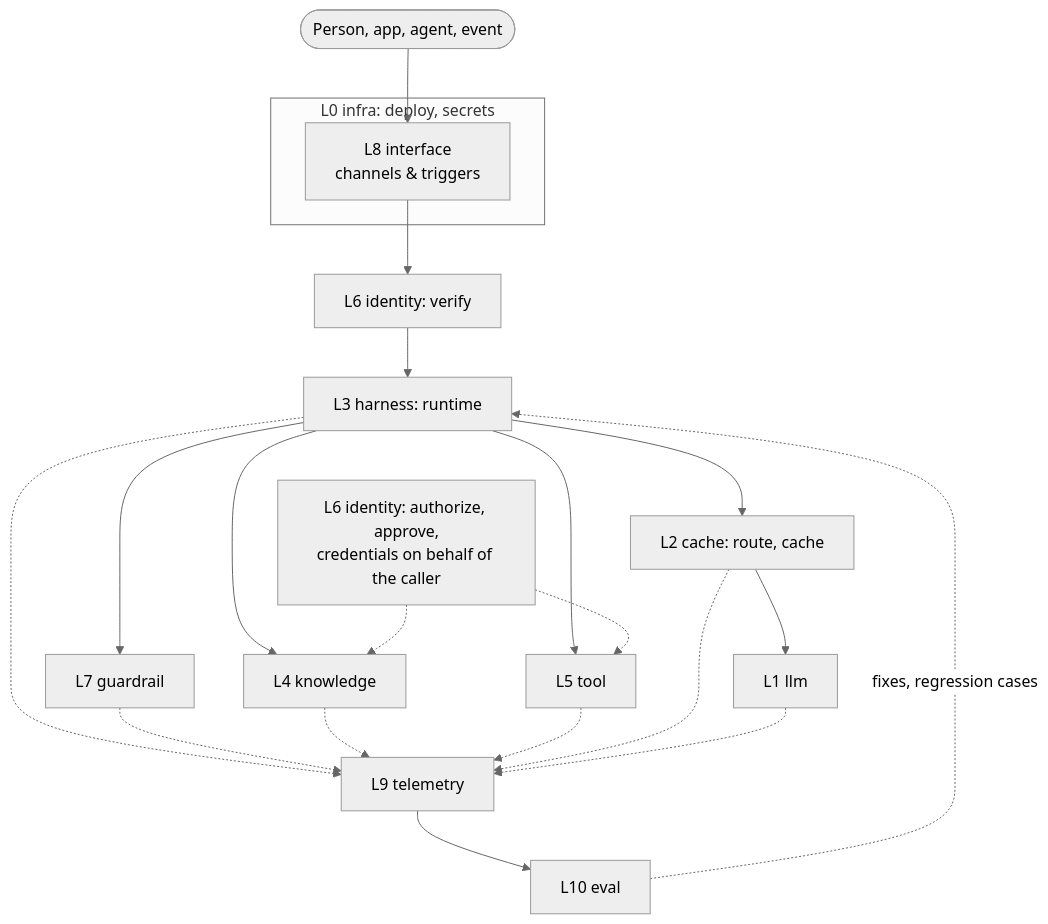
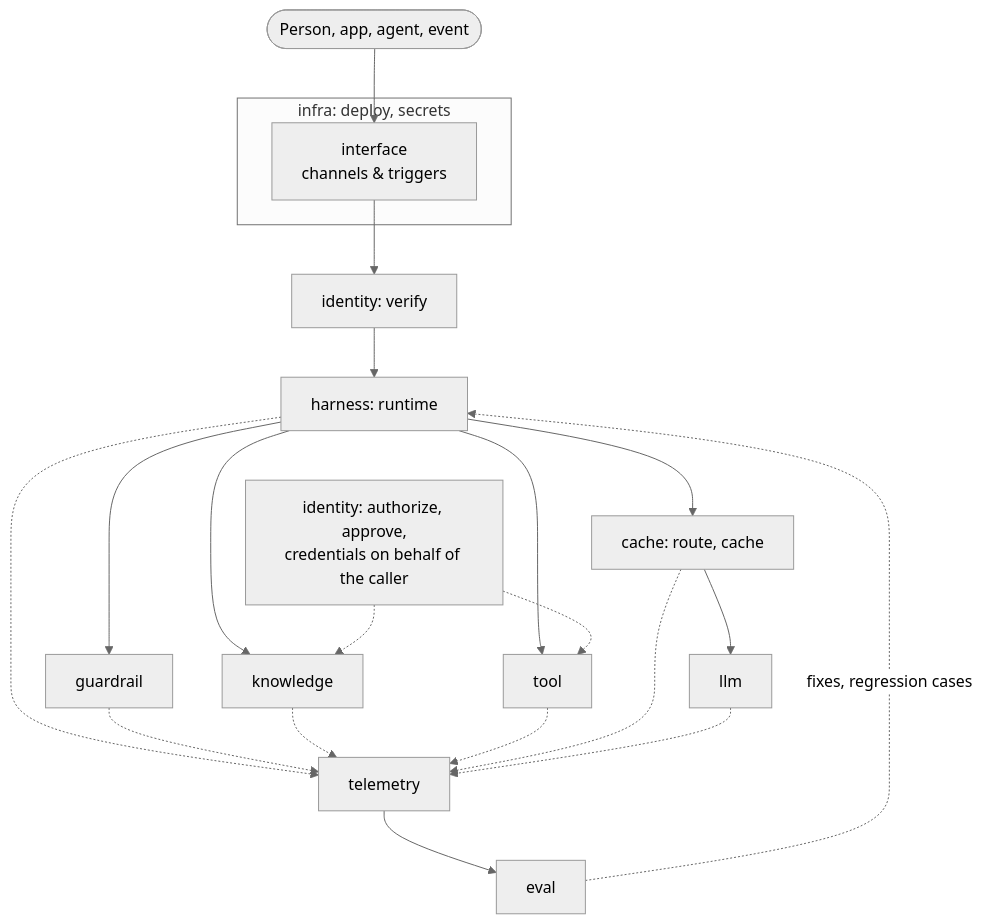
The diagram in docs/stack.md (aantenore/agent-layers), drawn with Mermaid (neutral theme) before and after one commit. The commit also changed other lines of this file and 72 other files, not shown here.

````diff
--- a/docs/stack.md
+++ b/docs/stack.md
@@ -31,24 +31,24 @@
 ```mermaid
 flowchart TB
-  client([Person, app, agent, event]) --> L8[L8 interface<br/>channels & triggers]
-  L8 --> L6v[L6 identity: verify]
-  L6v --> L3[L3 harness: runtime]
-  L3 --> L7[L7 guardrail]
-  L3 --> L4[L4 knowledge]
-  L3 --> L5[L5 tool]
-  L6a[L6 identity: authorize, approve,<br/>credentials on behalf of the caller] -.-> L5
-  L6a -.-> L4
-  L3 --> L2[L2 cache: route, cache]
-  L2 --> L1[L1 llm]
-  L3 -.-> L9[L9 telemetry]
-  L7 -.-> L9
-  L4 -.-> L9
-  L5 -.-> L9
-  L2 -.-> L9
-  L1 -.-> L9
-  L9 --> L10[L10 eval]
-  L10 -.->|fixes, regression cases| L3
-  subgraph L0[L0 infra: deploy, secrets]
-    L8
+  client([Person, app, agent, event]) --> interface[interface<br/>channels & triggers]
+  interface --> idv[identity: verify]
+  idv --> harness[harness: runtime]
+  harness --> guardrail[guardrail]
+  harness --> knowledge[knowledge]
+  harness --> tool[tool]
+  ida[identity: authorize, approve,<br/>credentials on behalf of the caller] -.-> tool
+  ida -.-> knowledge
+  harness --> cache[cache: route, cache]
+  cache --> llm[llm]
+  harness -.-> telemetry[telemetry]
+  guardrail -.-> telemetry
+  knowledge -.-> telemetry
+  tool -.-> telemetry
+  cache -.-> telemetry
+  llm -.-> telemetry
+  telemetry --> eval[eval]
+  eval -.->|fixes, regression cases| harness
+  subgraph infra[infra: deploy, secrets]
+    interface
   end
 ```
````
